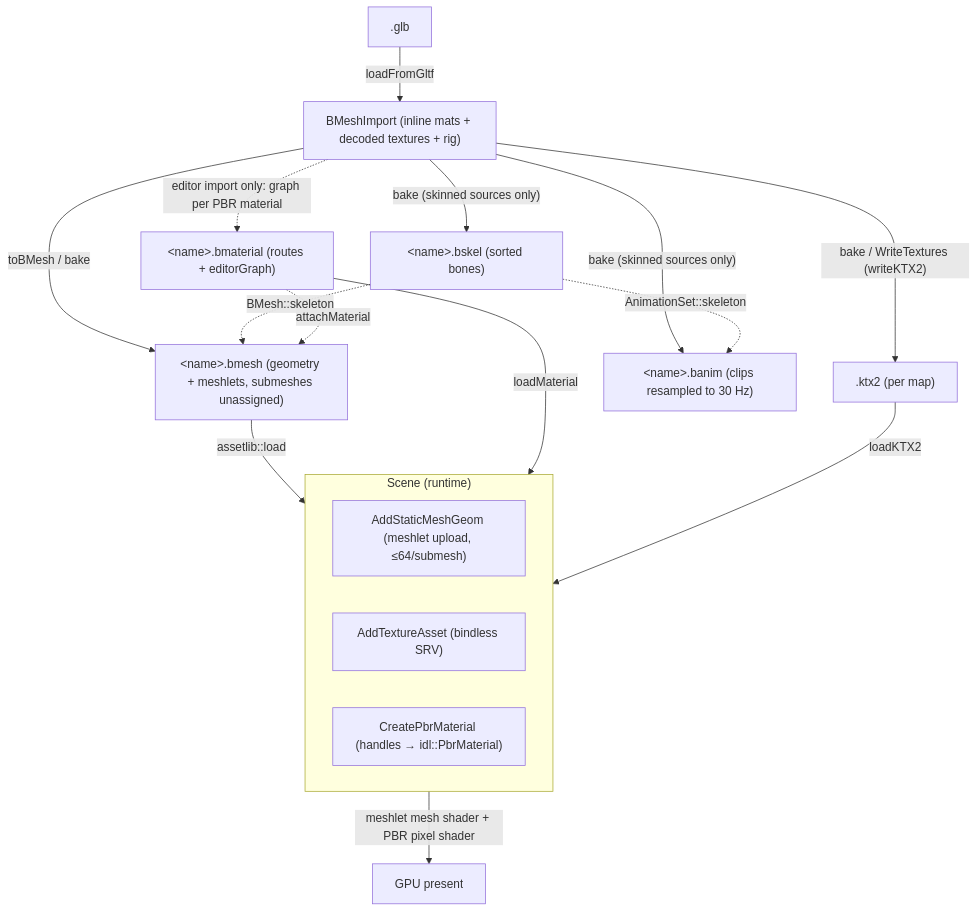
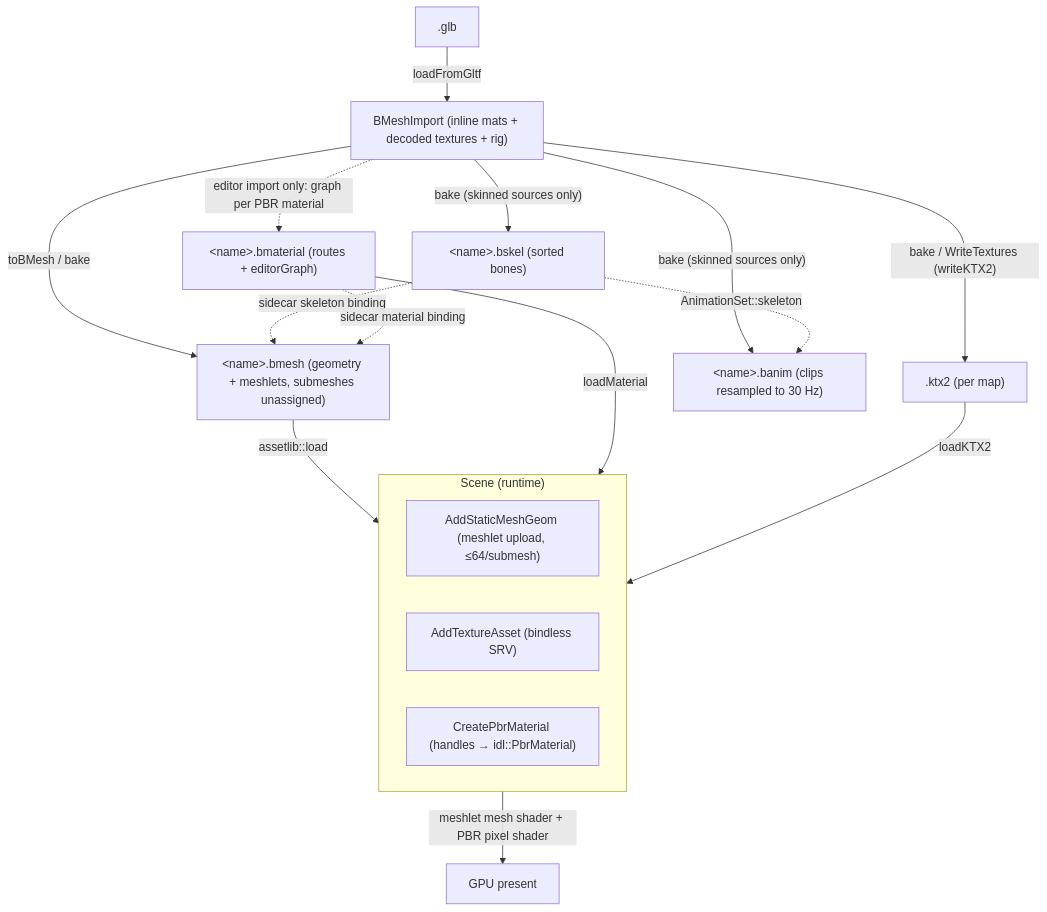
The diagram in docs/asset_standards.md (alexjiang200407/bernini), drawn with Mermaid before and after one commit. The commit also changed other lines of this file and 58 other files, not shown here.

````diff
--- a/docs/asset_standards.md
+++ b/docs/asset_standards.md
@@ -824,24 +783,24 @@
 ```mermaid
 flowchart TD
     GLTF[".glb"] -- "loadFromGltf" --> IMP["BMeshImport (inline mats + decoded textures + rig)"]
     IMP -- "toBMesh / bake" --> BMESH["&lt;name&gt;.bmesh (geometry + meshlets, submeshes unassigned)"]
     IMP -- "bake / WriteTextures (writeKTX2)" --> TEX[".ktx2 (per map)"]
     IMP -- "bake (skinned sources only)" --> SKEL["&lt;name&gt;.bskel (sorted bones)"]
     IMP -- "bake (skinned sources only)" --> ANIM["&lt;name&gt;.banim (clips resampled to 30 Hz)"]
-    SKEL -. "BMesh::skeleton" .-> BMESH
+    SKEL -. "sidecar skeleton binding" .-> BMESH
     SKEL -. "AnimationSet::skeleton" .-> ANIM
     IMP -. "editor import only: graph per PBR material" .-> BMAT["&lt;name&gt;.bmaterial (routes + editorGraph)"]
-    BMAT -. "attachMaterial" .-> BMESH
+    BMAT -. "sidecar material binding" .-> BMESH
 
     BMESH -- "assetlib::load" --> SCENE
     BMAT -- "loadMaterial" --> SCENE
     TEX -- "loadKTX2" --> SCENE
 
     subgraph SCENE["Scene (runtime)"]
         AM["AddStaticMeshGeom (meshlet upload, ≤64/submesh)"]
         AT["AddTextureAsset (bindless SRV)"]
         CM["CreatePbrMaterial (handles → idl::PbrMaterial)"]
     end
 
     SCENE -- "meshlet mesh shader + PBR pixel shader" --> GPU["GPU present"]
 ```
````
